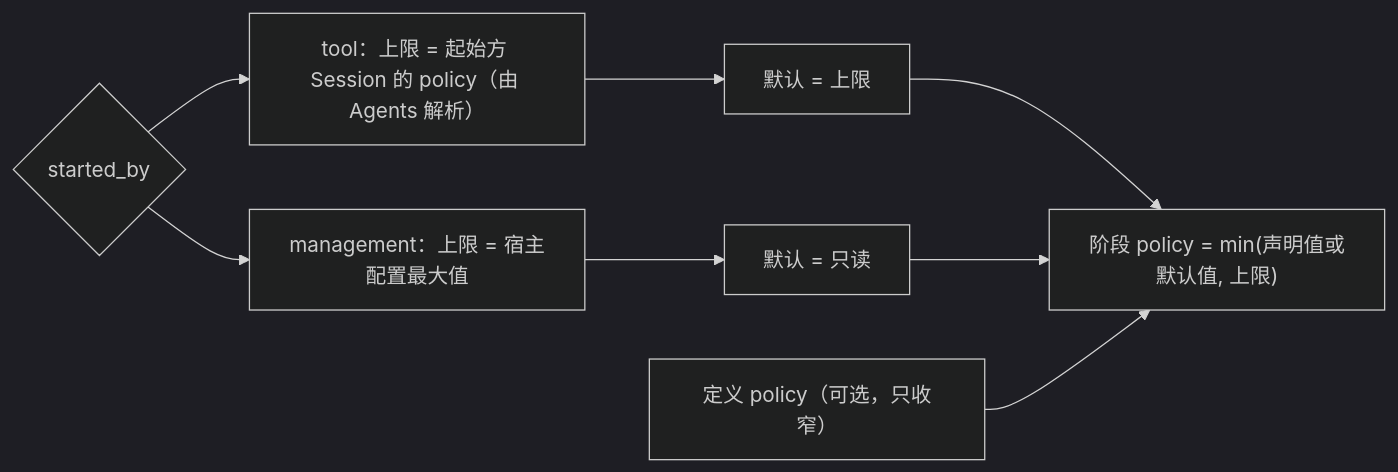
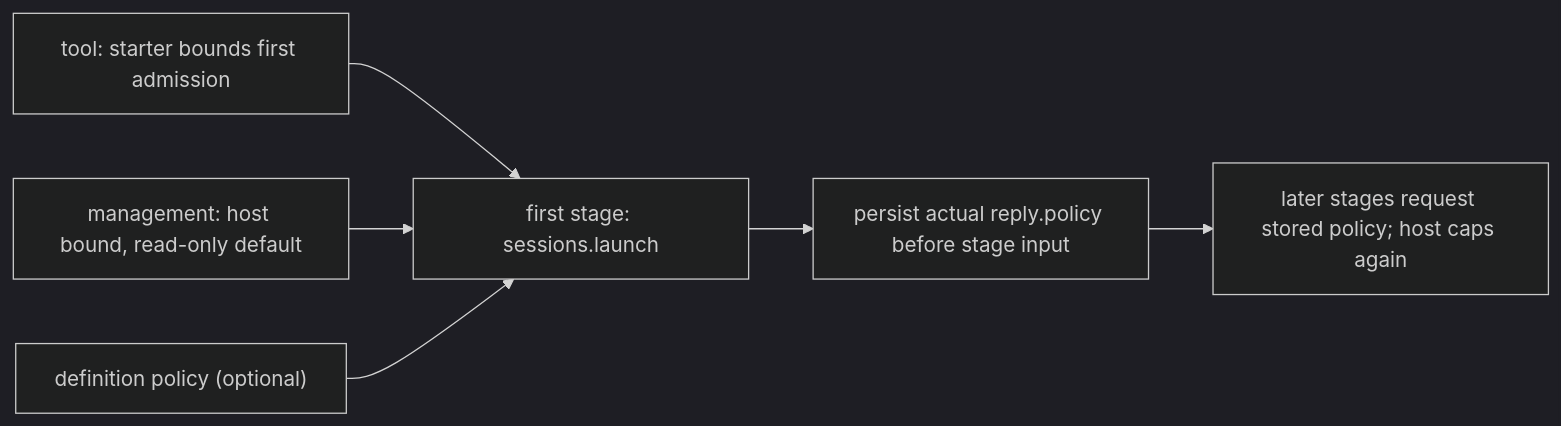
The fifth of 6 diagrams in docs/zh/design/plugins/Workflow.md (CoutinhoTTS/dim-agent), drawn with Mermaid (dark theme) before and after one commit. The commit also changed other lines of this file and 1 other file, not shown here.

Commit message:
docs(workflow): use existing stage admission and service contracts

````diff
--- a/docs/zh/design/plugins/Workflow.md
+++ b/docs/zh/design/plugins/Workflow.md
@@ -143,13 +158,13 @@
 ```mermaid
 flowchart LR
-  Start{"started_by"}
-  ToolStart["tool：上限 = 起始方 Session 的 policy（由 Agents 解析）"]
-  MgmtStart["management：上限 = 宿主配置最大值"]
-  D1["默认 = 上限"]
-  D2["默认 = 只读"]
-  Decl["定义 policy（可选，只收窄）"]
-  Eff["阶段 policy = min(声明值或默认值, 上限)"]
-  Start --> ToolStart --> D1 --> Eff
-  Start --> MgmtStart --> D2 --> Eff
-  Decl --> Eff
+  ToolStart["tool: starter bounds first admission"]
+  MgmtStart["management: host bound, read-only default"]
+  Decl["definition policy (optional)"]
+  First["first stage: sessions.launch"]
+  Cap["persist actual reply.policy before stage input"]
+  Later["later stages request stored policy; host caps again"]
+  ToolStart --> First
+  MgmtStart --> First
+  Decl --> First
+  First --> Cap --> Later
 ```
````
